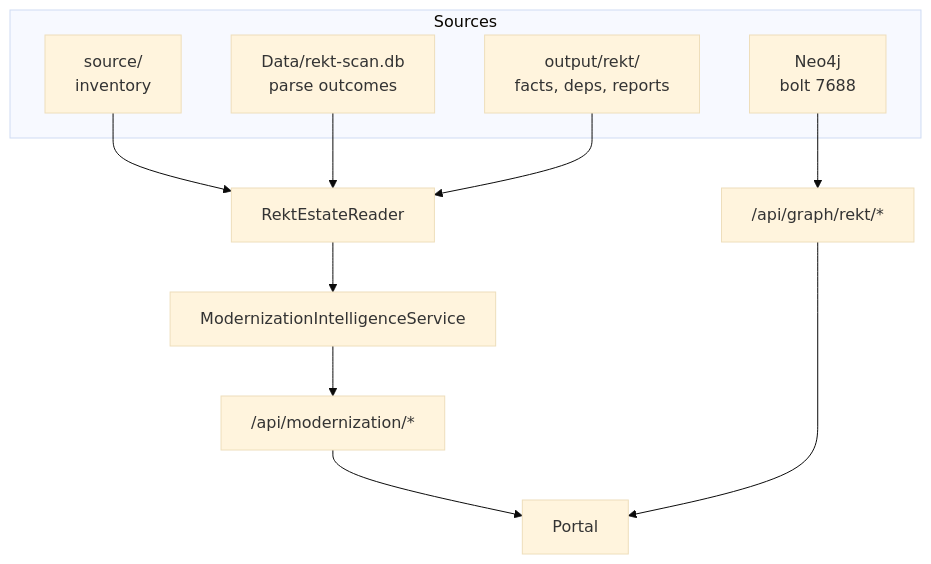
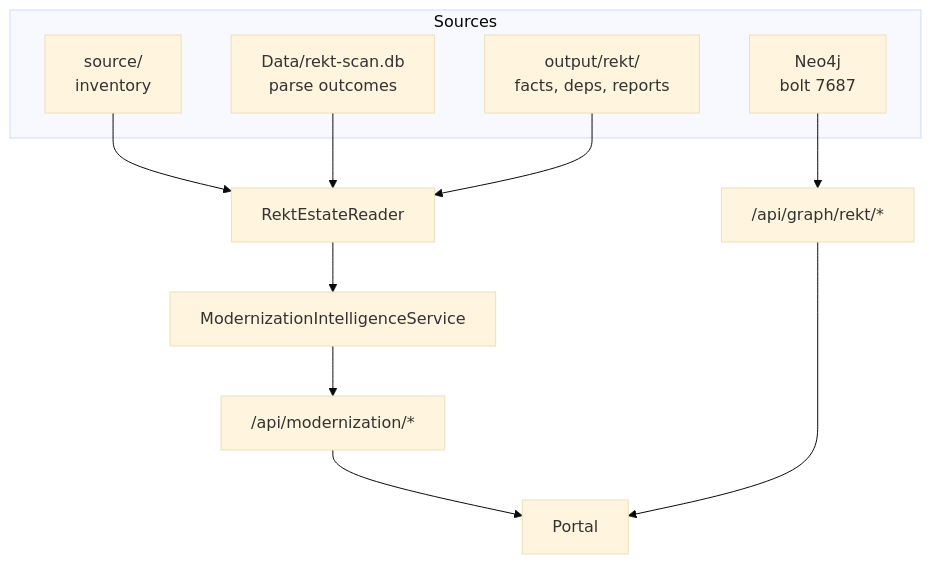
The third of 3 diagrams in docs/dependency-health-and-flow-explorer.md (Azure-Samples/Legacy-Modernization-Agents), drawn with Mermaid (base theme) before and after one commit. The commit also changed 15 other files, not shown here.

First line of the commit message:
Run the migration and REKT graphs in one Neo4j instance

````diff
--- a/docs/dependency-health-and-flow-explorer.md
+++ b/docs/dependency-health-and-flow-explorer.md
@@ -111,20 +111,20 @@
 ```mermaid
 flowchart TD
     subgraph Sources
         SRC["source/<br/>inventory"]
         CACHE["Data/rekt-scan.db<br/>parse outcomes"]
         ART["output/rekt/<br/>facts, deps, reports"]
-        NEO["Neo4j<br/>bolt 7688"]
+        NEO["Neo4j<br/>bolt 7687"]
     end
 
     SRC --> R[RektEstateReader]
     CACHE --> R
     ART --> R
 
     R --> MI[ModernizationIntelligenceService]
     MI --> E1["/api/modernization/*"]
     NEO --> E2["/api/graph/rekt/*"]
 
     E1 --> UI[Portal]
     E2 --> UI
 ```
````
